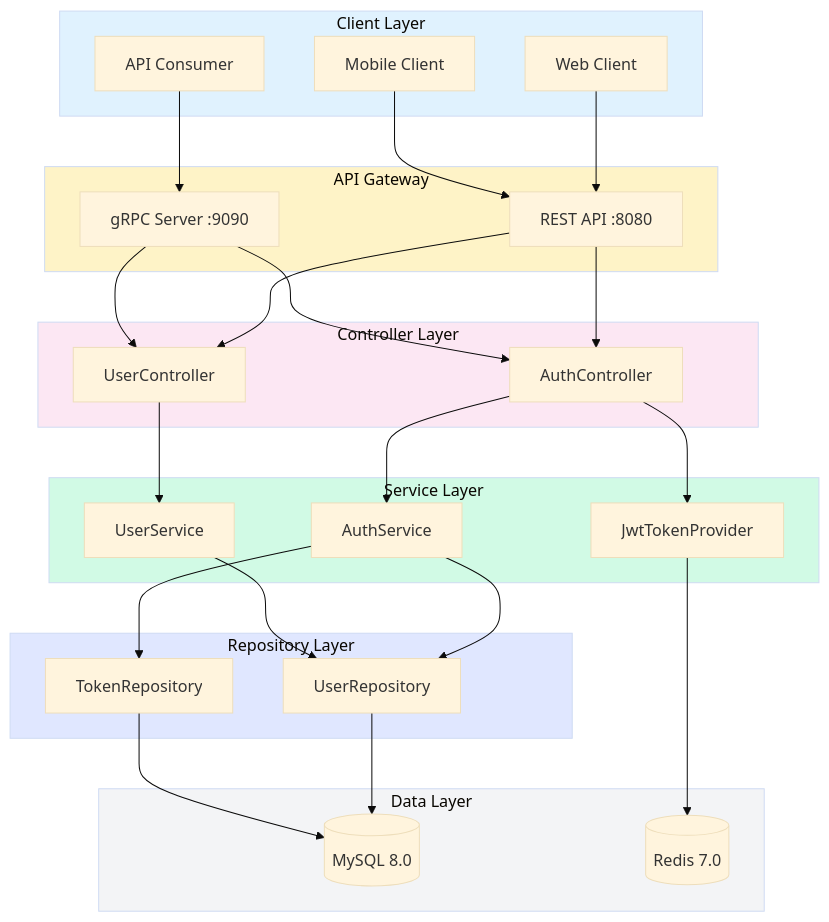
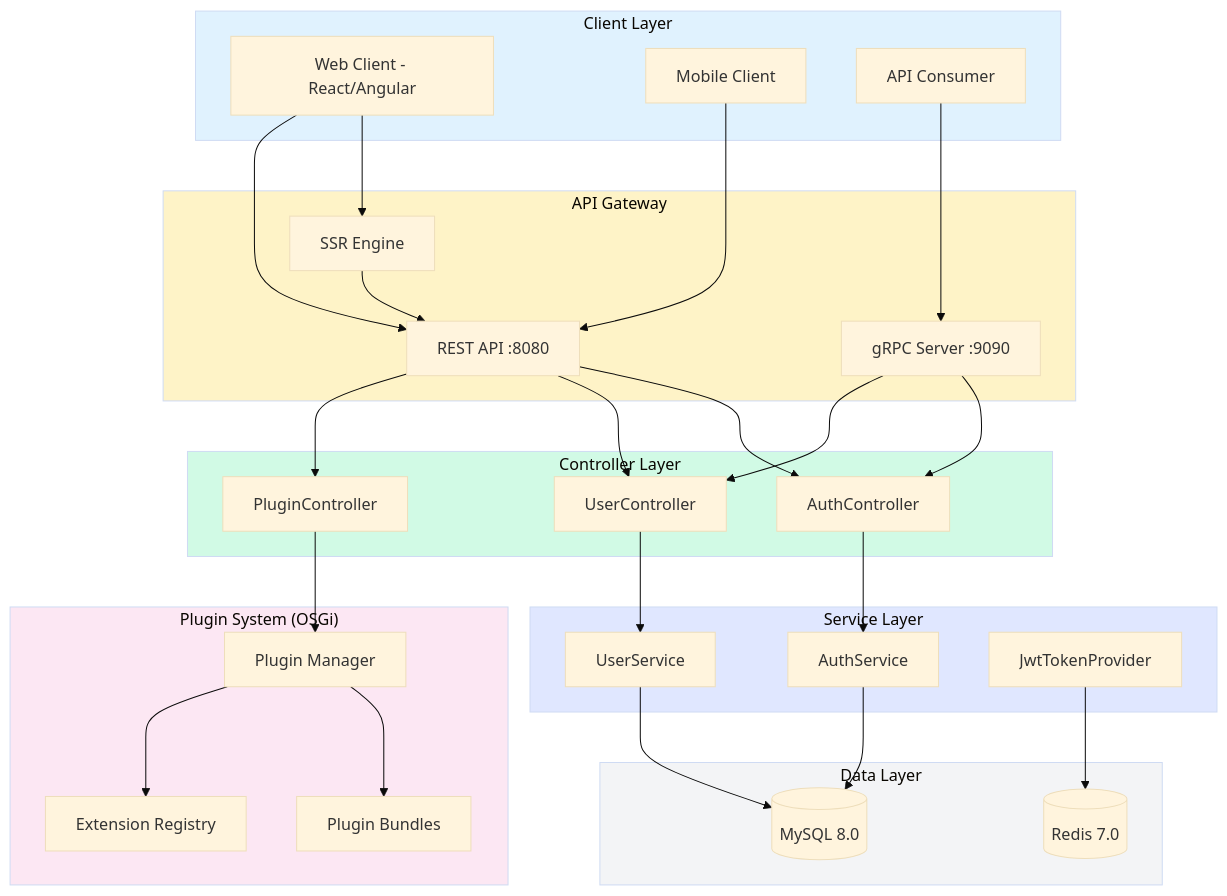
The first of 4 diagrams in README.md (jrjohn/arcana-cloud-springboot), drawn with Mermaid (base theme) before and after one commit. The commit also changed other lines of this file and 104 other files, not shown here.

Commit message:
Implement OSGi Plugin

````diff
--- a/README.md
+++ b/README.md
@@ -28,62 +34,67 @@
 ```mermaid
 flowchart TB
     subgraph Client["Client Layer"]
-        WEB[Web Client]
+        WEB[Web Client - React/Angular]
         MOB[Mobile Client]
         API[API Consumer]
     end
 
     subgraph Gateway["API Gateway"]
         REST[REST API :8080]
         GRPC[gRPC Server :9090]
+        SSR[SSR Engine]
+    end
+
+    subgraph Plugins["Plugin System (OSGi)"]
+        PM[Plugin Manager]
+        PB[Plugin Bundles]
+        EXT[Extension Registry]
     end
 
     subgraph Controller["Controller Layer"]
         AUTH[AuthController]
         USER[UserController]
+        PLUG[PluginController]
     end
 
     subgraph Service["Service Layer"]
         AS[AuthService]
         US[UserService]
         JWT[JwtTokenProvider]
     end
 
-    subgraph Repository["Repository Layer"]
-        UR[UserRepository]
-        TR[TokenRepository]
-    end
-
     subgraph Data["Data Layer"]
         MYSQL[(MySQL 8.0)]
         REDIS[(Redis 7.0)]
     end
 
+    WEB --> SSR
     WEB --> REST
     MOB --> REST
     API --> GRPC
 
+    SSR --> REST
     REST --> AUTH
     REST --> USER
+    REST --> PLUG
     GRPC --> AUTH
     GRPC --> USER
 
+    PLUG --> PM
+    PM --> PB
+    PM --> EXT
+
     AUTH --> AS
-    AUTH --> JWT
     USER --> US
 
-    AS --> UR
-    AS --> TR
-    US --> UR
-
-    UR --> MYSQL
-    TR --> MYSQL
+    AS --> MYSQL
+    US --> MYSQL
     JWT --> REDIS
 
     style Client fill:#e0f2fe
     style Gateway fill:#fef3c7
-    style Controller fill:#fce7f3
-    style Service fill:#d1fae5
-    style Repository fill:#e0e7ff
+    style Plugins fill:#fce7f3
+    style Controller fill:#d1fae5
+    style Service fill:#e0e7ff
     style Data fill:#f3f4f6
 ```
````
